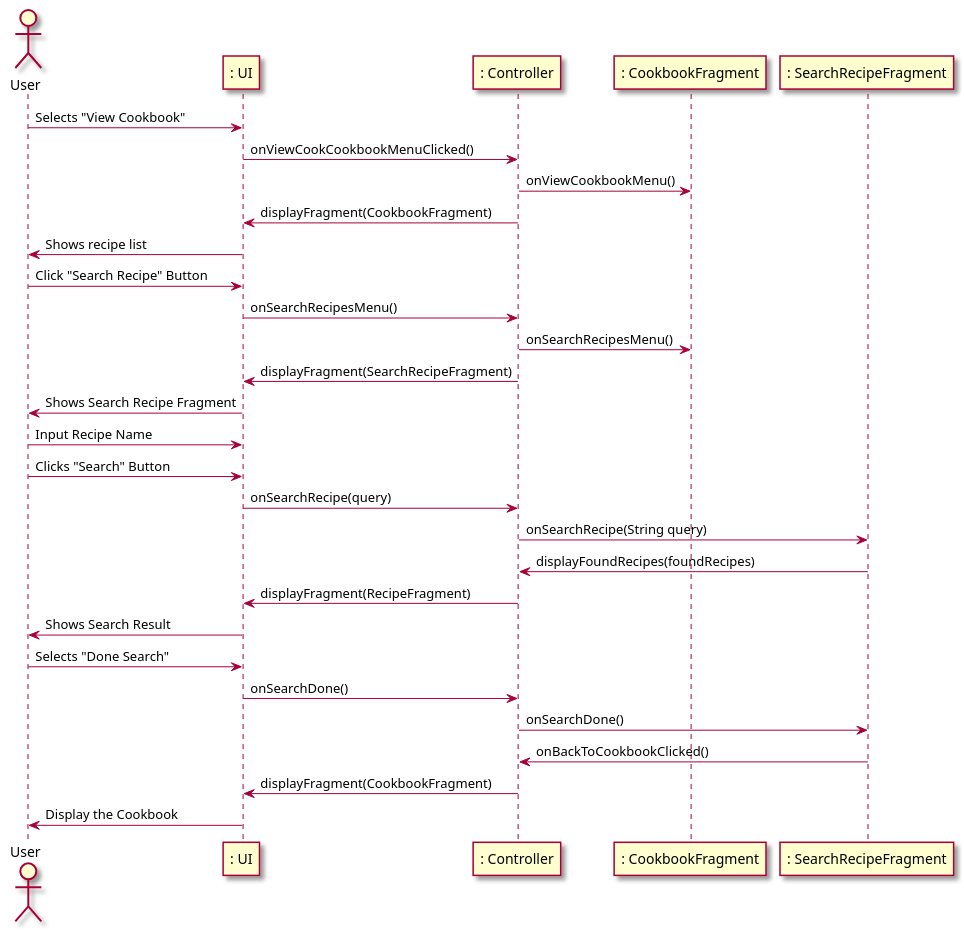
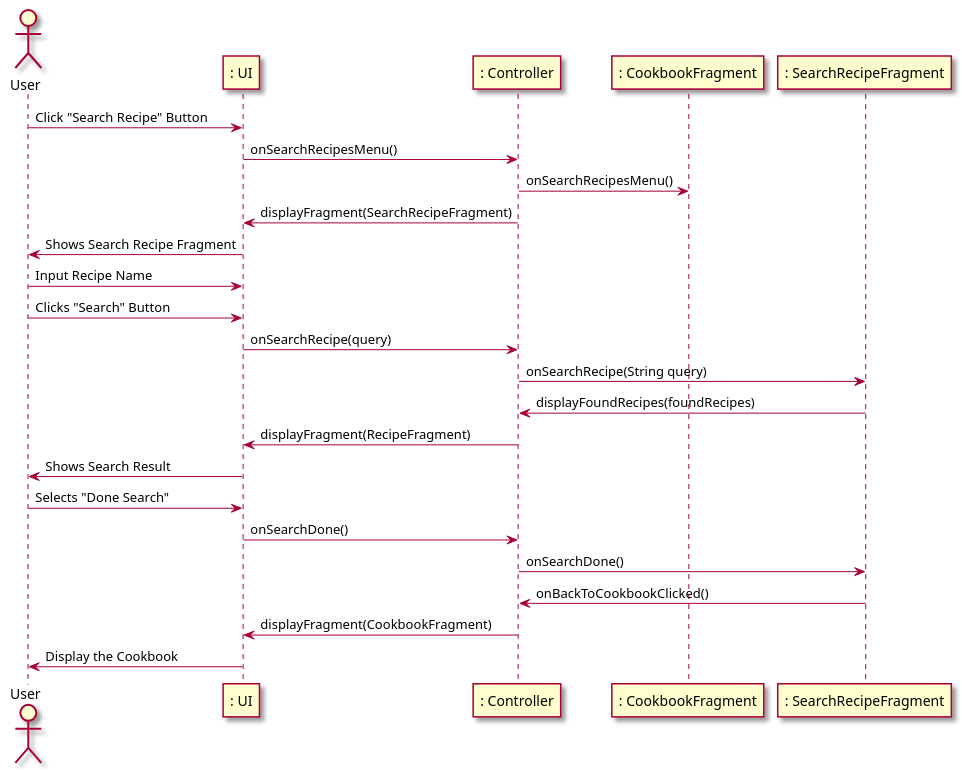
One commit to berthashipper/Pantry-Pal-Android-Application changed the third of 4 diagrams in intellij/doc/use-cases/manage_recipes.md. Above: the diagram before and after it, drawn with PlantUML. The commit also changed other lines of this file, not shown here.

`````diff
--- a/intellij/doc/use-cases/manage_recipes.md
+++ b/intellij/doc/use-cases/manage_recipes.md
@@ -110,39 +110,33 @@
 ```plantuml
 @startuml
 skin rose
 
 actor User as user
 participant ": UI" as ui
 participant ": Controller" as cont
 participant ": CookbookFragment" as cf
 participant ": SearchRecipeFragment" as srf
-
-user -> ui : Selects "View Cookbook"
-ui -> cont : onViewCookCookbookMenuClicked()
-cont -> cf: onViewCookbookMenu()
-cont -> ui: displayFragment(CookbookFragment)
-ui -> user: Shows recipe list
 
 user -> ui : Click "Search Recipe" Button
 ui -> cont: onSearchRecipesMenu()
 cont -> cf: onSearchRecipesMenu()
 cont -> ui: displayFragment(SearchRecipeFragment)
 ui -> user: Shows Search Recipe Fragment
 
 user -> ui : Input Recipe Name
 user -> ui : Clicks "Search" Button
 ui -> cont : onSearchRecipe(query)
 cont -> srf : onSearchRecipe(String query)
 srf ->  cont : displayFoundRecipes(foundRecipes)
 cont -> ui : displayFragment(RecipeFragment)
 ui -> user: Shows Search Result
 
 user -> ui : Selects "Done Search"
 ui -> cont : onSearchDone()
 cont -> srf : onSearchDone()
 srf -> cont : onBackToCookbookClicked() 
 cont -> ui : displayFragment(CookbookFragment)
 ui -> user : Display the Cookbook
 
 @enduml
 ````
`````
